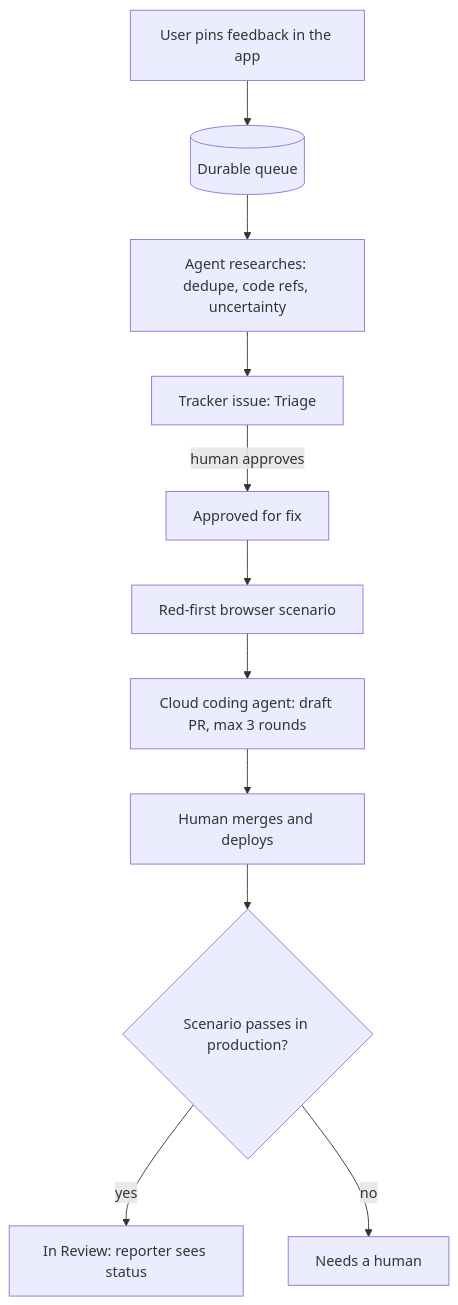
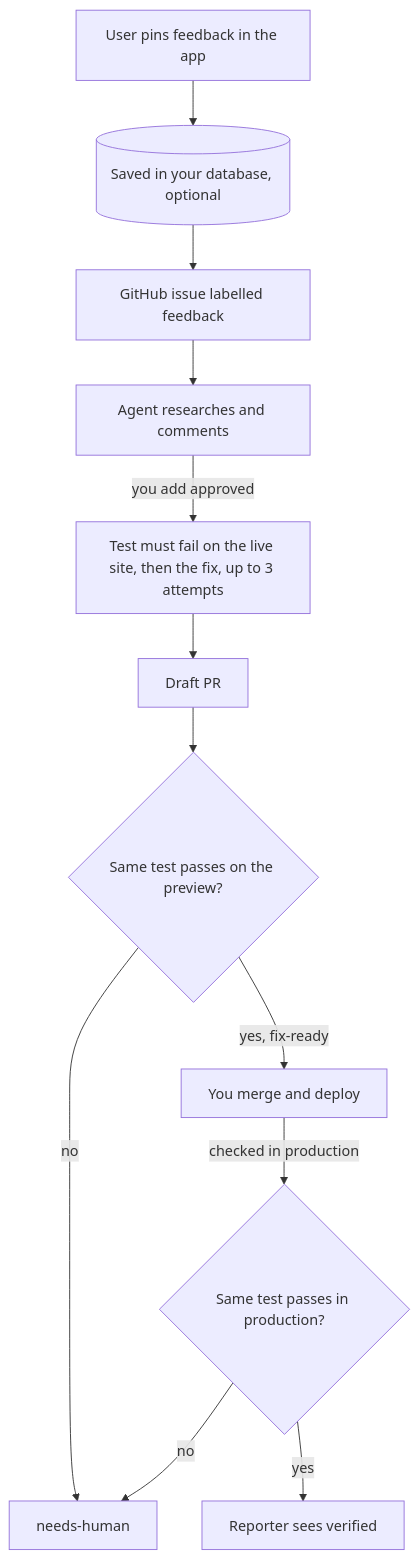
One commit to AgasiArgent/user-driven-development changed the diagram in README.md. Above: the diagram before and after it, drawn with Mermaid. The commit also changed other lines of this file and 63 other files, not shown here.

````diff
--- a/README.md
+++ b/README.md
@@ -25,13 +13,14 @@
 ```mermaid
 flowchart TD
-  U[User pins feedback in the app] --> Q[(Durable queue)]
-  Q --> R[Agent researches: dedupe, code refs, uncertainty]
-  R --> T[Tracker issue: Triage]
-  T -->|human approves| A[Approved for fix]
-  A --> S[Red-first browser scenario]
-  S --> C[Cloud coding agent: draft PR, max 3 rounds]
-  C --> M[Human merges and deploys]
-  M --> V{Scenario passes in production?}
-  V -->|yes| IR[In Review: reporter sees status]
-  V -->|no| H[Needs a human]
+  U[User pins feedback in the app] --> Q[(Saved in your database, optional)]
+  Q --> I[GitHub issue labelled feedback]
+  I --> R[Agent researches and comments]
+  R -->|you add approved| F[Test must fail on the live site, then the fix, up to 3 attempts]
+  F --> P[Draft PR]
+  P --> W{Same test passes on the preview?}
+  W -->|no| H[needs-human]
+  W -->|yes, fix-ready| M[You merge and deploy]
+  M -->|checked in production| V{Same test passes in production?}
+  V -->|yes| D[Reporter sees verified]
+  V -->|no| H
 ```
````
